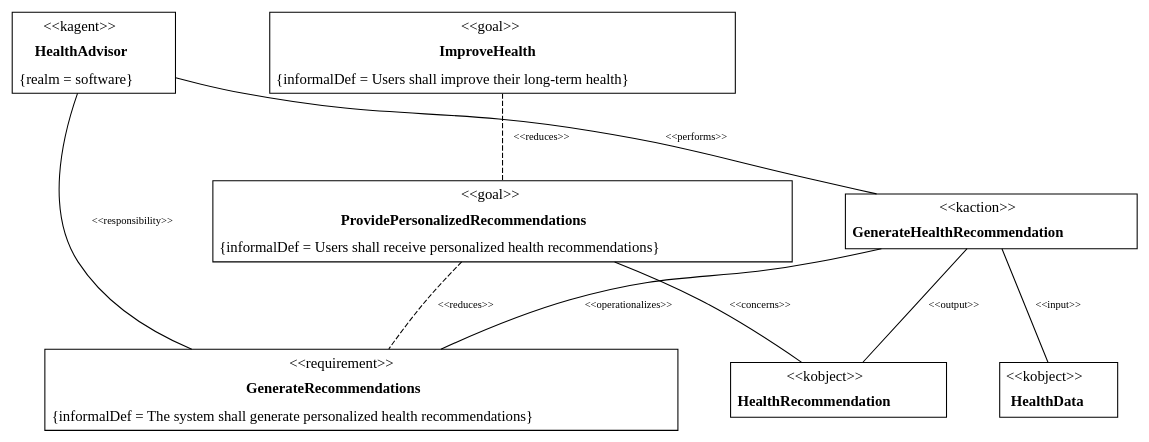
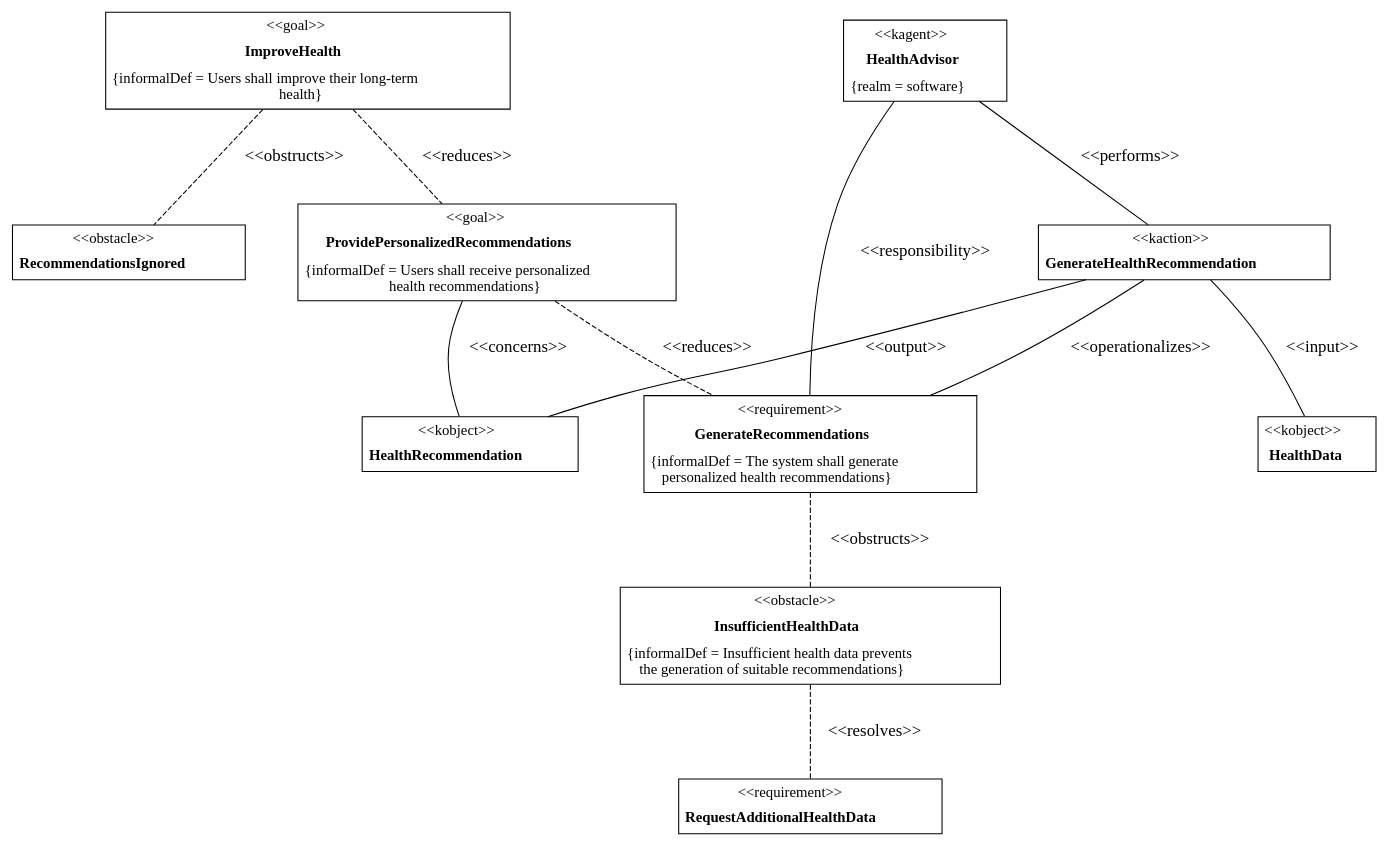
Before and after one commit to PlatonsCadrinaltugend/kaos-dsl: the diagram in examples/ast_uml.dot, drawn with Graphviz. The commit also changed 9 other files, not shown here.

```diff
--- a/examples/ast_uml.dot
+++ b/examples/ast_uml.dot
@@ -10,7 +10,7 @@
     ];
 
     node [shape=plain];
-    edge [fontsize=10];
+    edge [fontsize=16];
 
     "ImproveHealth" [
         label=
@@ -29,7 +29,7 @@
     </TR>
     
 <TR>
-    <TD ALIGN="LEFT">{informalDef = Users shall improve their long-term health}</TD>
+    <TD ALIGN="LEFT">{informalDef = Users shall improve their long-term<BR/>health}</TD>
 </TR>
 
 </TABLE>
@@ -54,7 +54,7 @@
     </TR>
     
 <TR>
-    <TD ALIGN="LEFT">{informalDef = Users shall receive personalized health recommendations}</TD>
+    <TD ALIGN="LEFT">{informalDef = Users shall receive personalized<BR/>health recommendations}</TD>
 </TR>
 
 </TABLE>
@@ -79,9 +79,30 @@
     </TR>
     
 <TR>
-    <TD ALIGN="LEFT">{informalDef = The system shall generate personalized health recommendations}</TD>
+    <TD ALIGN="LEFT">{informalDef = The system shall generate<BR/>personalized health recommendations}</TD>
 </TR>
 
+</TABLE>
+>
+
+    ];
+
+    "GenerateHealthRecommendation" [
+        label=
+<
+<TABLE BORDER="1"
+       CELLBORDER="0"
+       CELLSPACING="0"
+       CELLPADDING="5">
+    
+<TR>
+    <TD>&lt;&lt;kaction&gt;&gt;</TD>
+</TR>
+
+    <TR>
+        <TD><B>GenerateHealthRecommendation</B></TD>
+    </TR>
+    
 </TABLE>
 >
 
@@ -129,27 +150,6 @@
 
     ];
 
-    "GenerateHealthRecommendation" [
-        label=
-<
-<TABLE BORDER="1"
-       CELLBORDER="0"
-       CELLSPACING="0"
-       CELLPADDING="5">
-    
-<TR>
-    <TD>&lt;&lt;kaction&gt;&gt;</TD>
-</TR>
-
-    <TR>
-        <TD><B>GenerateHealthRecommendation</B></TD>
-    </TR>
-    
-</TABLE>
->
-
-    ];
-
     "HealthAdvisor" [
         label=
 <
@@ -170,6 +170,73 @@
     <TD ALIGN="LEFT">{realm = software}</TD>
 </TR>
 
+</TABLE>
+>
+
+    ];
+
+    "InsufficientHealthData" [
+        label=
+<
+<TABLE BORDER="1"
+       CELLBORDER="0"
+       CELLSPACING="0"
+       CELLPADDING="5">
+    
+<TR>
+    <TD>&lt;&lt;obstacle&gt;&gt;</TD>
+</TR>
+
+    <TR>
+        <TD><B>InsufficientHealthData</B></TD>
+    </TR>
+    
+<TR>
+    <TD ALIGN="LEFT">{informalDef = Insufficient health data prevents<BR/>the generation of suitable recommendations}</TD>
+</TR>
+
+</TABLE>
+>
+
+    ];
+
+    "RecommendationsIgnored" [
+        label=
+<
+<TABLE BORDER="1"
+       CELLBORDER="0"
+       CELLSPACING="0"
+       CELLPADDING="5">
+    
+<TR>
+    <TD>&lt;&lt;obstacle&gt;&gt;</TD>
+</TR>
+
+    <TR>
+        <TD><B>RecommendationsIgnored</B></TD>
+    </TR>
+    
+</TABLE>
+>
+
+    ];
+
+    "RequestAdditionalHealthData" [
+        label=
+<
+<TABLE BORDER="1"
+       CELLBORDER="0"
+       CELLSPACING="0"
+       CELLPADDING="5">
+    
+<TR>
+    <TD>&lt;&lt;requirement&gt;&gt;</TD>
+</TR>
+
+    <TR>
+        <TD><B>RequestAdditionalHealthData</B></TD>
+    </TR>
+    
 </TABLE>
 >
 
@@ -231,4 +298,25 @@
         dir=none
     ];
 
+    "GenerateRecommendations" ->
+    "InsufficientHealthData" [
+        label="<<obstructs>>",
+        style=dashed,
+        dir=none
+    ];
+
+    "ImproveHealth" ->
+    "RecommendationsIgnored" [
+        label="<<obstructs>>",
+        style=dashed,
+        dir=none
+    ];
+
+    "InsufficientHealthData" ->
+    "RequestAdditionalHealthData" [
+        label="<<resolves>>",
+        style=dashed,
+        dir=none
+    ];
+
 }
```
